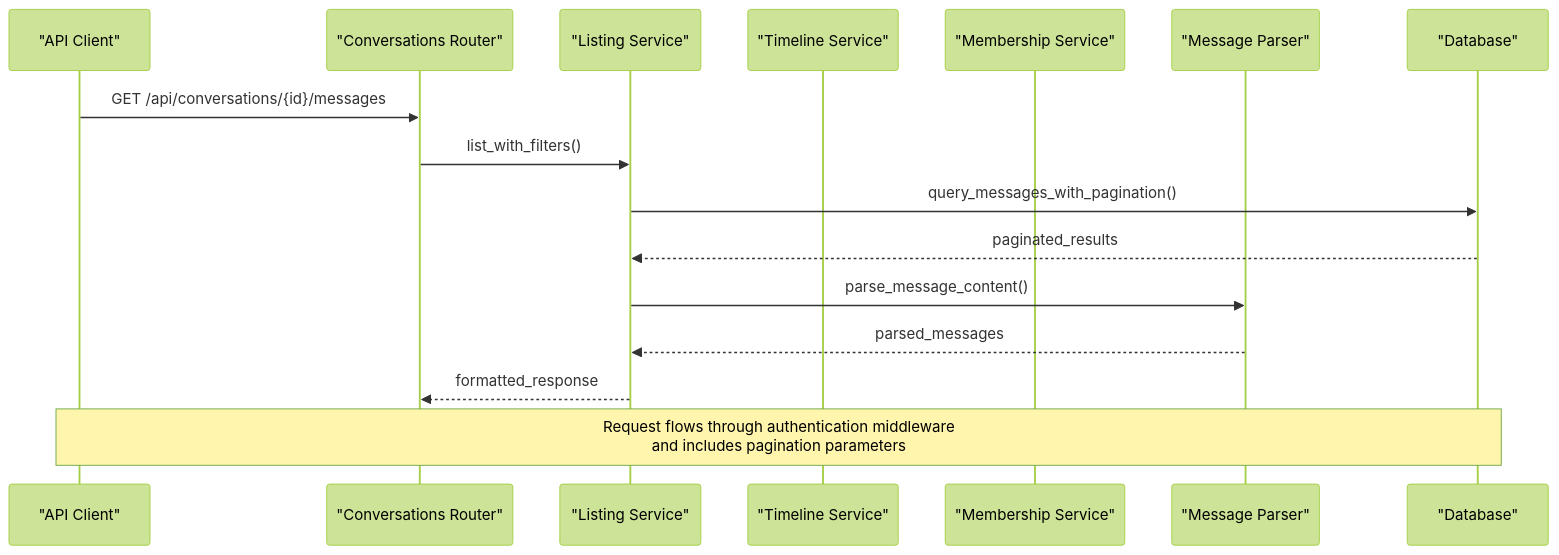
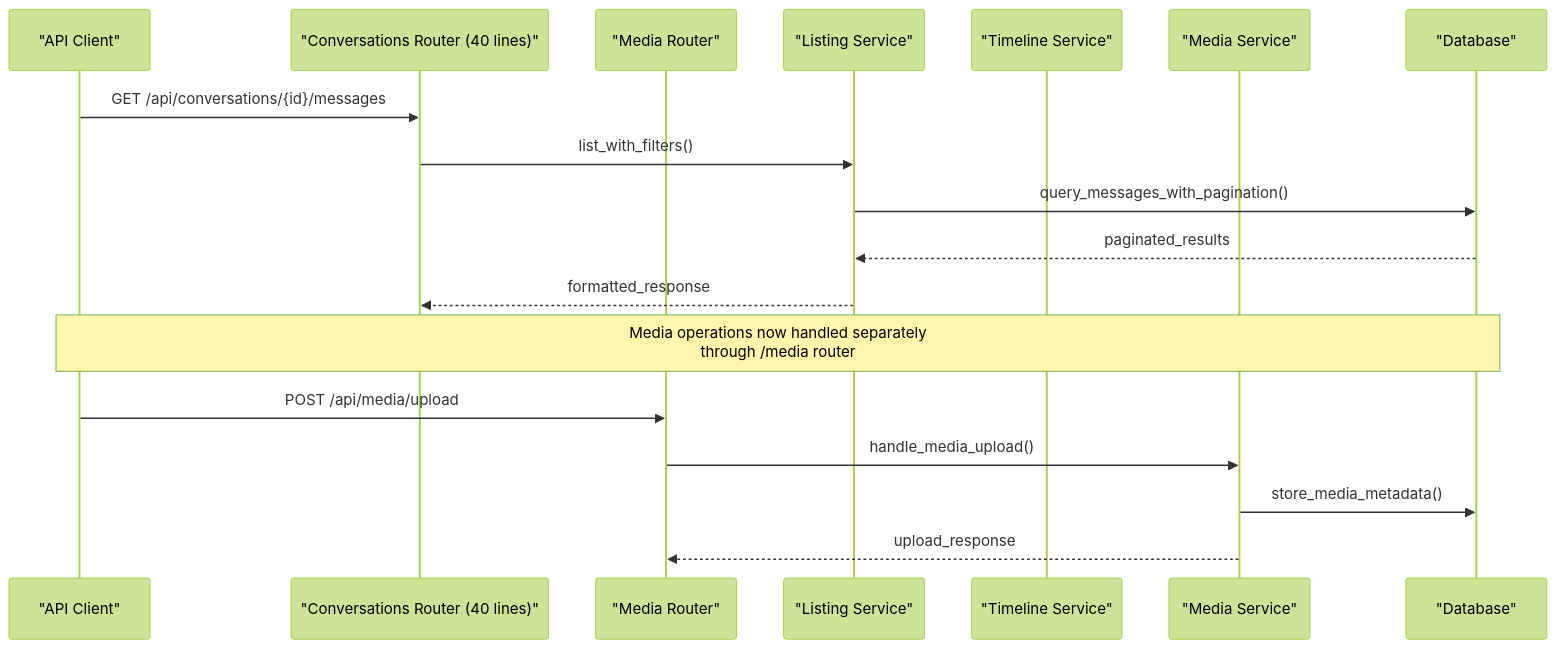
Before and after one commit to zuohaisu/wecom-archive: the second of 3 diagrams in .qoder/repowiki/en/content/API Reference/Conversations API.md, drawn with Mermaid (forest theme). The commit also changed other lines of this file and 84 other files, not shown here.

````diff
--- a/.qoder/repowiki/en/content/API Reference/Conversations API.md
+++ b/.qoder/repowiki/en/content/API Reference/Conversations API.md
@@ -147,18 +150,20 @@
 ```mermaid
 sequenceDiagram
 participant Client as "API Client"
-participant Router as "Conversations Router"
+participant ConversationsRouter as "Conversations Router (40 lines)"
+participant MediaRouter as "Media Router"
 participant ListingService as "Listing Service"
 participant TimelineService as "Timeline Service"
-participant MembershipService as "Membership Service"
-participant Parser as "Message Parser"
+participant MediaService as "Media Service"
 participant DB as "Database"
-Client->>Router : GET /api/conversations/{id}/messages
-Router->>ListingService : list_with_filters()
+Client->>ConversationsRouter : GET /api/conversations/{id}/messages
+ConversationsRouter->>ListingService : list_with_filters()
 ListingService->>DB : query_messages_with_pagination()
 DB-->>ListingService : paginated_results
-ListingService->>Parser : parse_message_content()
-Parser-->>ListingService : parsed_messages
-ListingService-->>Router : formatted_response
-Note over Client,DB : Request flows through authentication middleware<br/>and includes pagination parameters
+ListingService-->>ConversationsRouter : formatted_response
+Note over Client,DB : Media operations now handled separately<br/>through /media router
+Client->>MediaRouter : POST /api/media/upload
+MediaRouter->>MediaService : handle_media_upload()
+MediaService->>DB : store_media_metadata()
+MediaService-->>MediaRouter : upload_response
 ```
````
